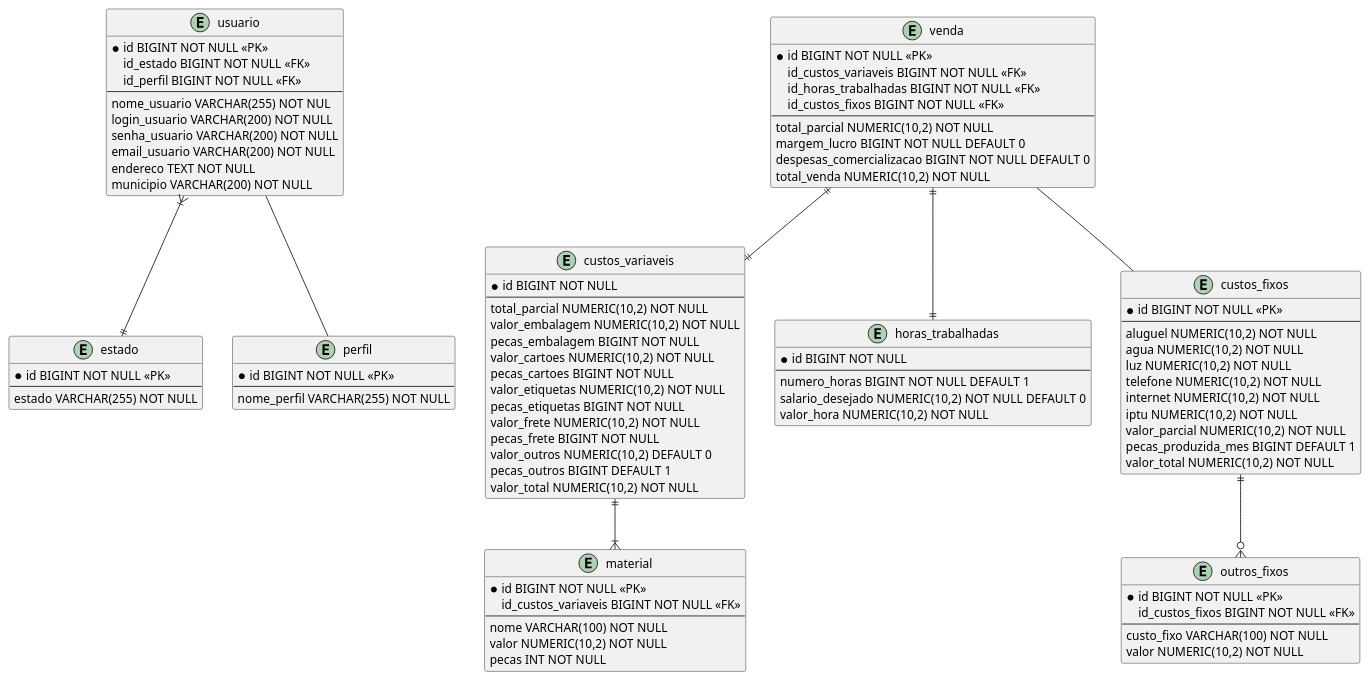
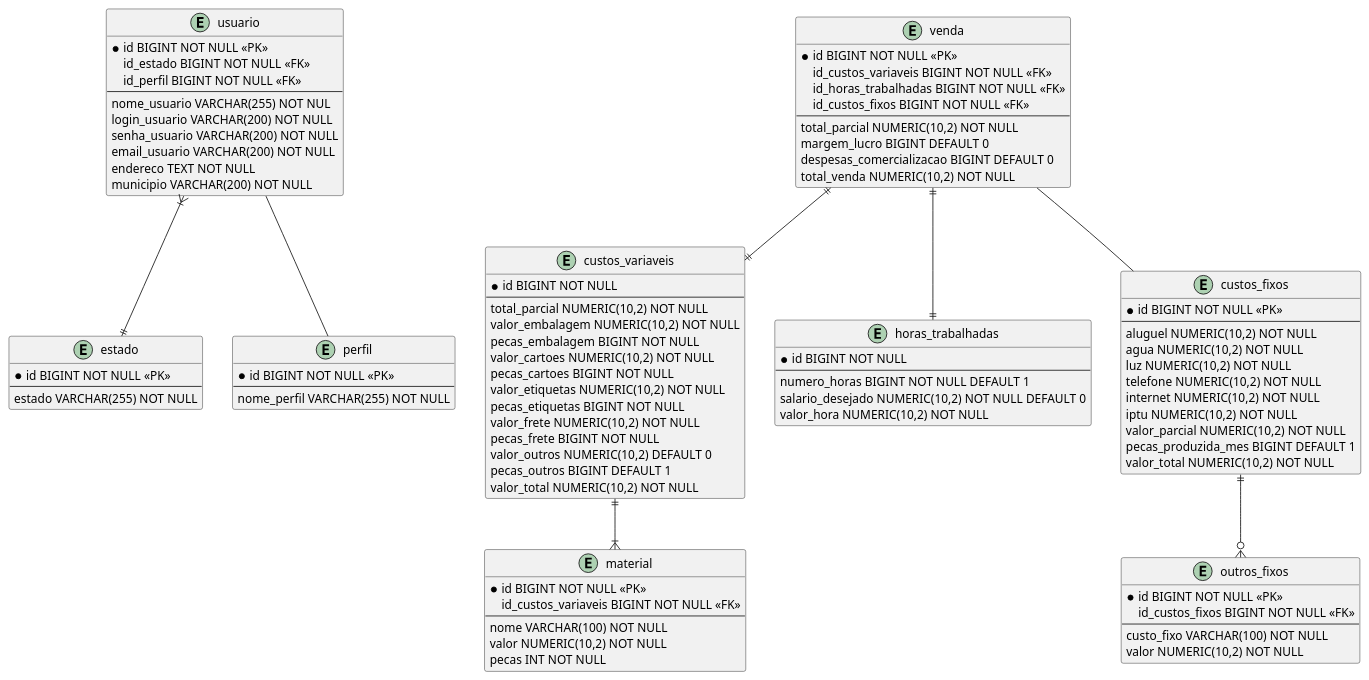
One commit to galaticghost/precificacao-pecas changed the diagram in modelagem/banco.wsd. Above: the diagram before and after it, drawn with PlantUML. The commit also changed 5 other files, not shown here.

```diff
--- a/modelagem/banco.wsd
+++ b/modelagem/banco.wsd
@@ -1,104 +1,104 @@
 @startuml Banco
 
 entity usuario {
     *id BIGINT NOT NULL <<PK>>
     id_estado BIGINT NOT NULL <<FK>>
     id_perfil BIGINT NOT NULL <<FK>>
     --
     nome_usuario VARCHAR(255) NOT NUL
     login_usuario VARCHAR(200) NOT NULL
     senha_usuario VARCHAR(200) NOT NULL
     email_usuario VARCHAR(200) NOT NULL
     endereco TEXT NOT NULL
     municipio VARCHAR(200) NOT NULL
 }
 
 entity estado {
     *id BIGINT NOT NULL <<PK>>
     --
     estado VARCHAR(255) NOT NULL
 }
 
 entity perfil {
     *id BIGINT NOT NULL <<PK>>
     --
     nome_perfil VARCHAR(255) NOT NULL
 }
 
 entity custos_variaveis {
     *id BIGINT NOT NULL
     --
     total_parcial NUMERIC(10,2) NOT NULL
     valor_embalagem NUMERIC(10,2) NOT NULL
     pecas_embalagem BIGINT NOT NULL
     valor_cartoes NUMERIC(10,2) NOT NULL
     pecas_cartoes BIGINT NOT NULL
     valor_etiquetas NUMERIC(10,2) NOT NULL
     pecas_etiquetas BIGINT NOT NULL
     valor_frete NUMERIC(10,2) NOT NULL
     pecas_frete BIGINT NOT NULL
     valor_outros NUMERIC(10,2) DEFAULT 0
     pecas_outros BIGINT DEFAULT 1
     valor_total NUMERIC(10,2) NOT NULL
 }
 
 entity horas_trabalhadas {
     *id BIGINT NOT NULL
     --
     numero_horas BIGINT NOT NULL DEFAULT 1
     salario_desejado NUMERIC(10,2) NOT NULL DEFAULT 0
     valor_hora NUMERIC(10,2) NOT NULL 
 }
 
 entity custos_fixos {
     *id BIGINT NOT NULL <<PK>>
     --
     aluguel NUMERIC(10,2) NOT NULL
     agua NUMERIC(10,2) NOT NULL
     luz NUMERIC(10,2) NOT NULL
     telefone NUMERIC(10,2) NOT NULL
     internet NUMERIC(10,2) NOT NULL
     iptu NUMERIC(10,2) NOT NULL
     valor_parcial NUMERIC(10,2) NOT NULL
     pecas_produzida_mes BIGINT DEFAULT 1
     valor_total NUMERIC(10,2) NOT NULL
 }
 
 entity outros_fixos {
     *id BIGINT NOT NULL <<PK>>
     id_custos_fixos BIGINT NOT NULL <<FK>>
     --
     custo_fixo VARCHAR(100) NOT NULL
     valor NUMERIC(10,2) NOT NULL
 }
 
 entity material {
     *id BIGINT NOT NULL <<PK>>
     id_custos_variaveis BIGINT NOT NULL <<FK>>
     --
     nome VARCHAR(100) NOT NULL
     valor NUMERIC(10,2) NOT NULL
     pecas INT NOT NULL
 }
 
 entity venda {
     *id BIGINT NOT NULL <<PK>>
     id_custos_variaveis BIGINT NOT NULL <<FK>>
     id_horas_trabalhadas BIGINT NOT NULL <<FK>>
     id_custos_fixos BIGINT NOT NULL <<FK>>
     --
     total_parcial NUMERIC(10,2) NOT NULL
-    margem_lucro BIGINT NOT NULL DEFAULT 0
-    despesas_comercializacao BIGINT NOT NULL DEFAULT 0
+    margem_lucro BIGINT DEFAULT 0
+    despesas_comercializacao BIGINT DEFAULT 0
     total_venda NUMERIC(10,2) NOT NULL
 }
 
 usuario }|--|| estado
 usuario -- perfil
 venda ||--|| custos_variaveis
 venda ||--|| horas_trabalhadas
 venda -- custos_fixos
 custos_variaveis ||--|{ material
 custos_fixos ||--o{ outros_fixos
 
 @enduml
```
